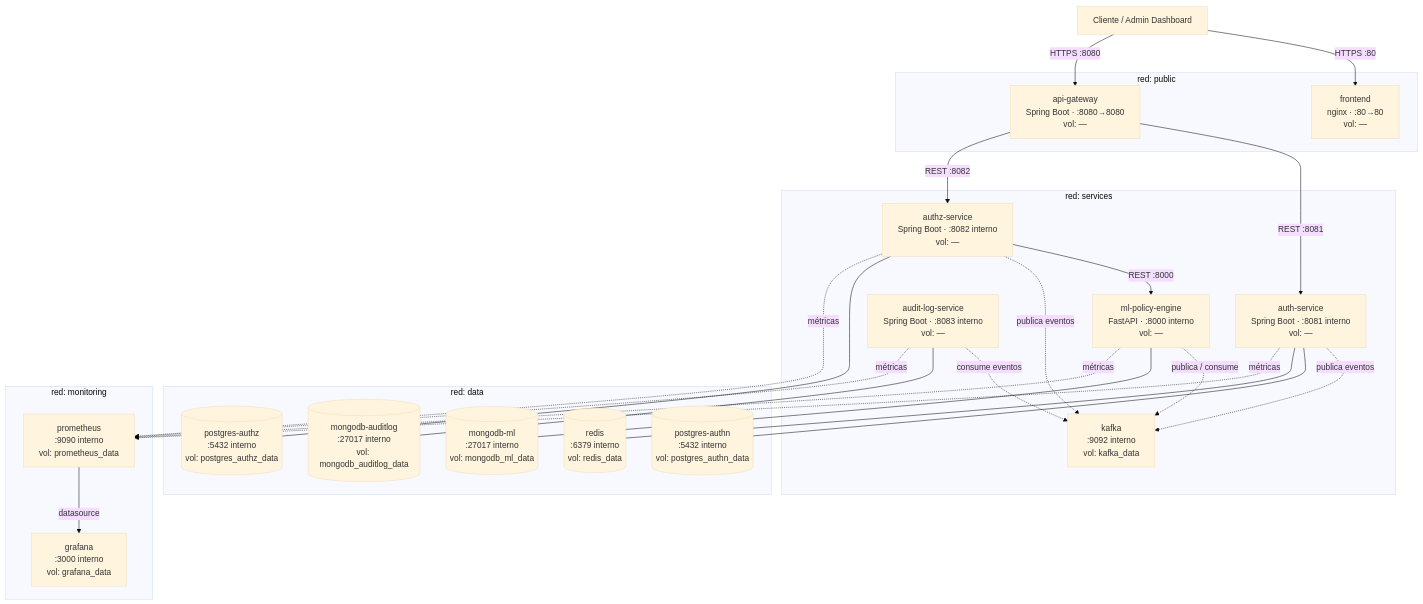
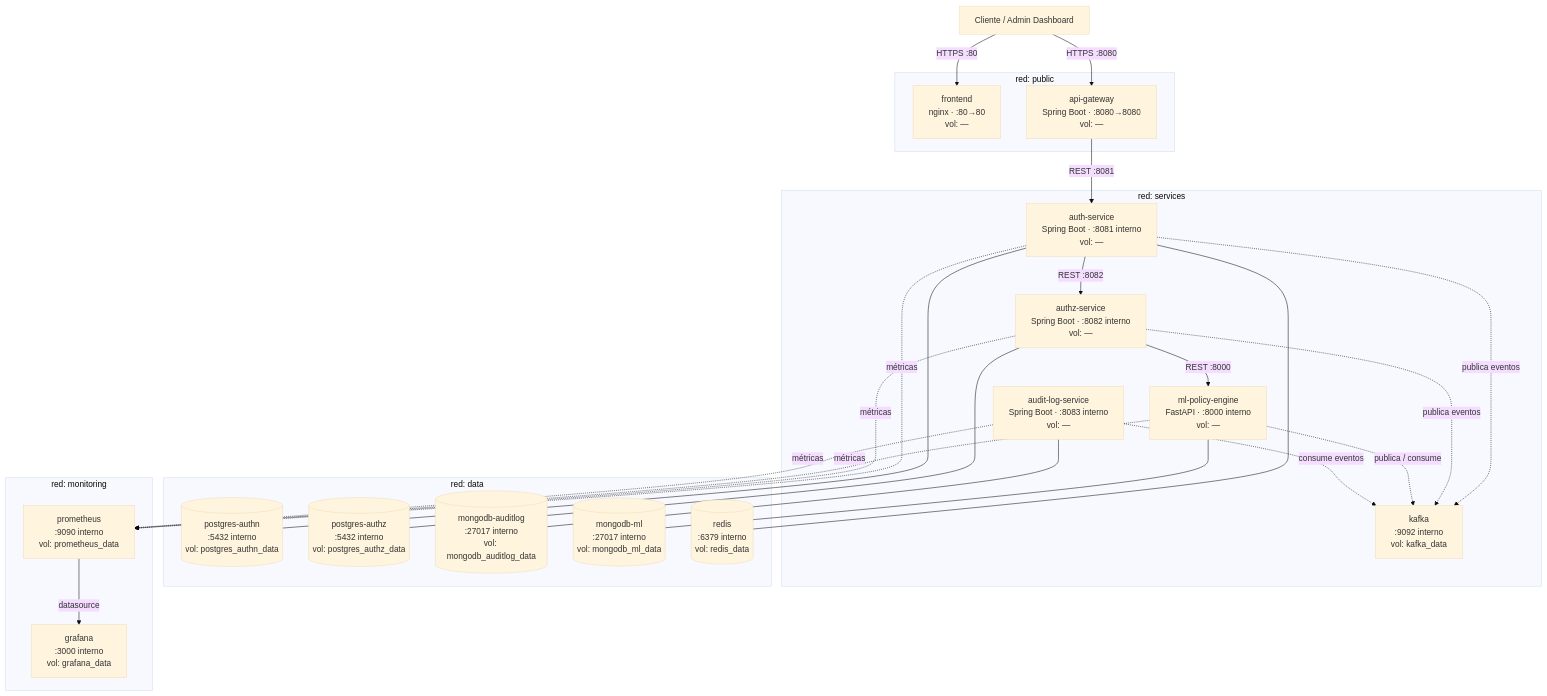
One commit to zhunio2003/zero-trust-auth changed the diagram in docs/architecture/DETAIL_DEPLOYMENT_DIAGRAM.md. Above: the diagram before and after it, drawn with Mermaid (base theme). The commit also changed 2 other files, not shown here.

Commit message:
docs: add DEFINITION OF DONE

````diff
--- a/docs/architecture/DETAIL_DEPLOYMENT_DIAGRAM.md
+++ b/docs/architecture/DETAIL_DEPLOYMENT_DIAGRAM.md
@@ -11,68 +11,68 @@
 ```mermaid
 graph TB
 
     %% ── Cliente externo ──
     Client["Cliente / Admin Dashboard"]
 
     %% ══════════════════════════════════════════
     %% RED: PUBLIC
     %% ══════════════════════════════════════════
     subgraph Public["red: public"]
         Frontend["frontend\nnginx · :80→80\nvol: —"]
         Gateway["api-gateway\nSpring Boot · :8080→8080\nvol: —"]
     end
 
     Client -->|HTTPS :80| Frontend
     Client -->|HTTPS :8080| Gateway
 
     %% ══════════════════════════════════════════
     %% RED: SERVICES
     %% ══════════════════════════════════════════
     subgraph Services["red: services"]
         AuthN["auth-service\nSpring Boot · :8081 interno\nvol: —"]
         AuthZ["authz-service\nSpring Boot · :8082 interno\nvol: —"]
         ML["ml-policy-engine\nFastAPI · :8000 interno\nvol: —"]
         Audit["audit-log-service\nSpring Boot · :8083 interno\nvol: —"]
         Kafka["kafka\n:9092 interno\nvol: kafka_data"]
     end
 
     Gateway -->|"REST :8081"| AuthN
-    Gateway -->|"REST :8082"| AuthZ
+    AuthN -->|"REST :8082"| AuthZ
     AuthZ -->|"REST :8000"| ML
 
     AuthN -.->|"publica eventos"| Kafka
     AuthZ -.->|"publica eventos"| Kafka
     ML -.->|"publica / consume"| Kafka
     Audit -.->|"consume eventos"| Kafka
 
     %% ══════════════════════════════════════════
     %% RED: DATA
     %% ══════════════════════════════════════════
     subgraph Data["red: data"]
         PG_AuthN[("postgres-authn\n:5432 interno\nvol: postgres_authn_data")]
         PG_AuthZ[("postgres-authz\n:5432 interno\nvol: postgres_authz_data")]
         Mongo_Audit[("mongodb-auditlog\n:27017 interno\nvol: mongodb_auditlog_data")]
         Mongo_ML[("mongodb-ml\n:27017 interno\nvol: mongodb_ml_data")]
         Redis[("redis\n:6379 interno\nvol: redis_data")]
     end
 
     AuthN --- PG_AuthN
     AuthN --- Redis
     AuthZ --- PG_AuthZ
     ML --- Mongo_ML
     Audit --- Mongo_Audit
 
     %% ══════════════════════════════════════════
     %% RED: MONITORING
     %% ══════════════════════════════════════════
     subgraph Monitoring["red: monitoring"]
         Prometheus["prometheus\n:9090 interno\nvol: prometheus_data"]
         Grafana["grafana\n:3000 interno\nvol: grafana_data"]
     end
 
     AuthN -.->|"métricas"| Prometheus
     AuthZ -.->|"métricas"| Prometheus
     ML -.->|"métricas"| Prometheus
     Audit -.->|"métricas"| Prometheus
     Prometheus -->|"datasource"| Grafana
 ```
````
